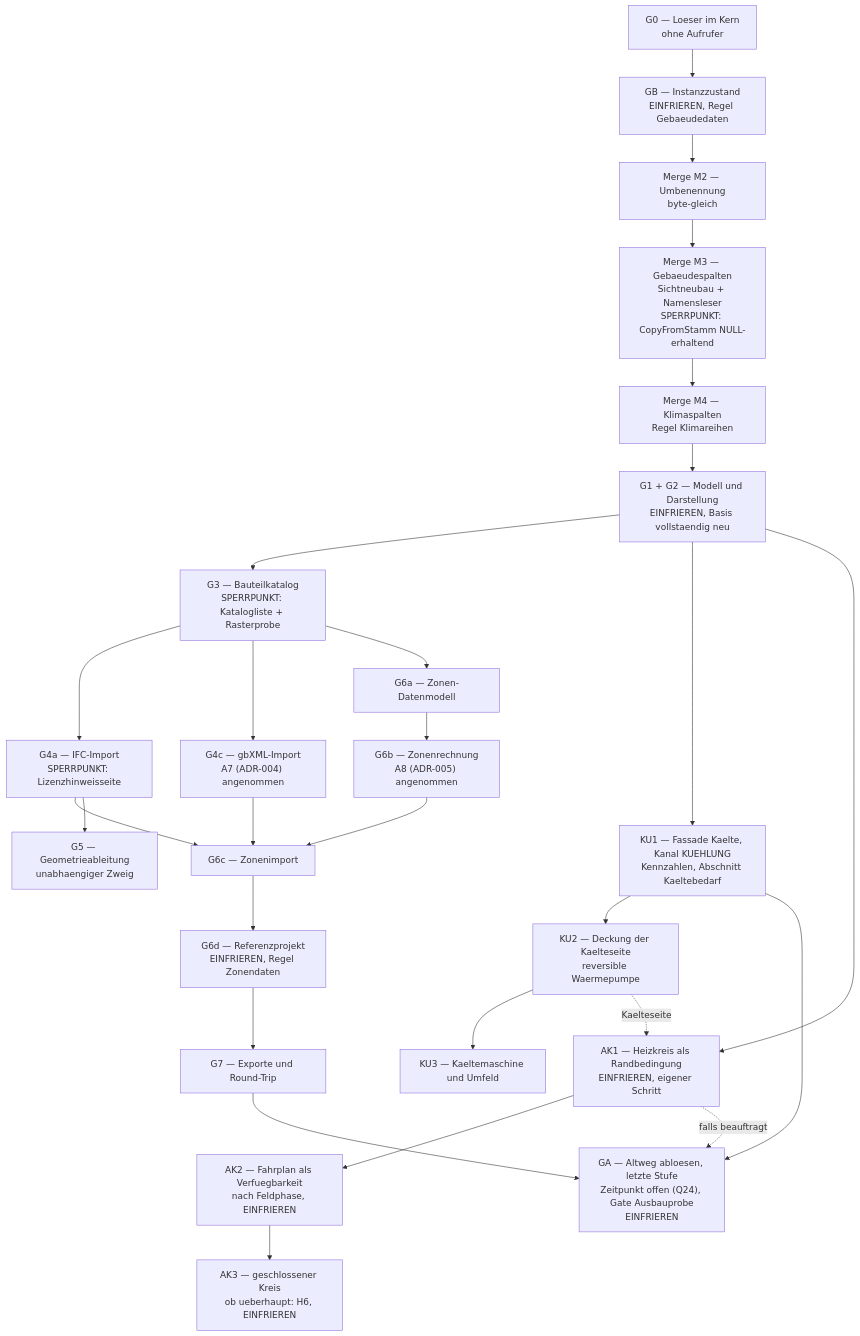
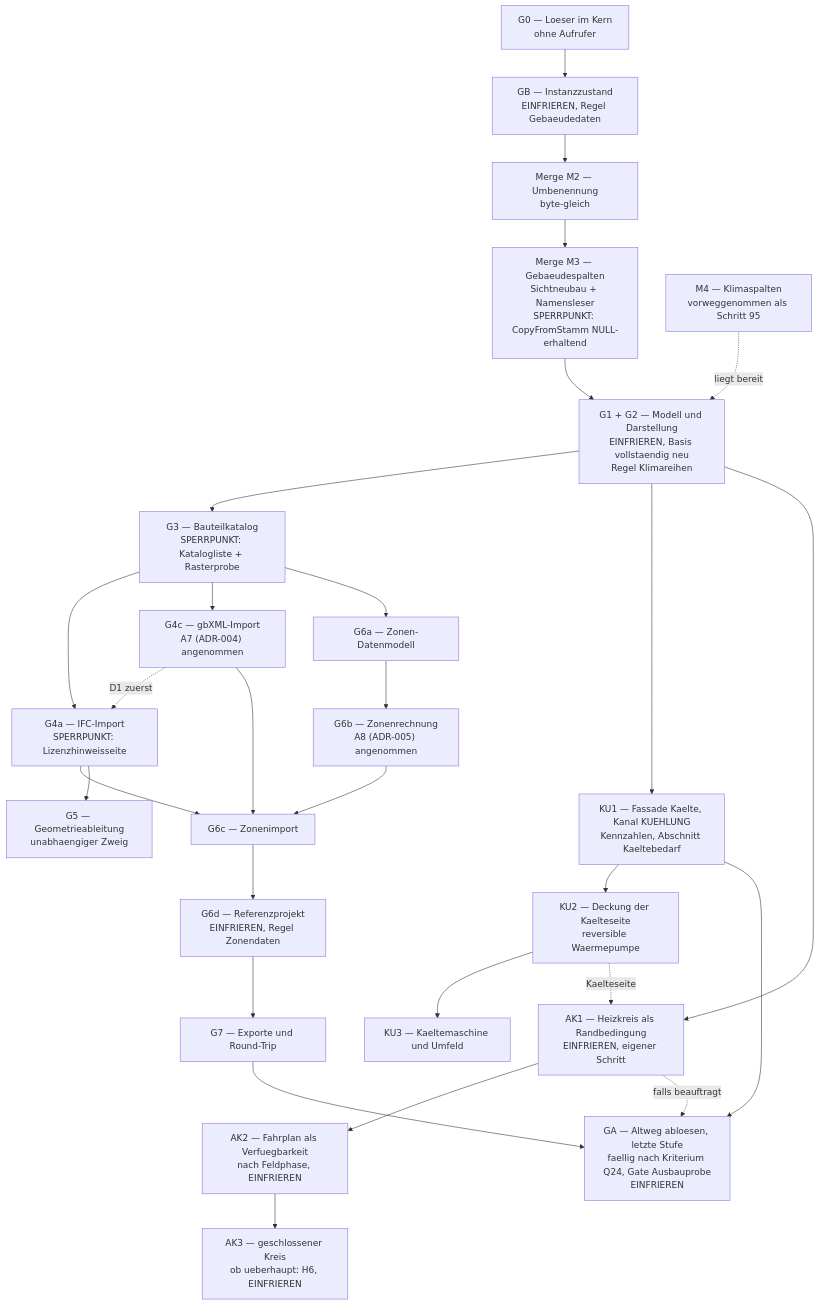
One commit to inekon/EPOS-Plan changed diagram 16 of 16 in Dokumentation/aktuell/Softwarearchitektur_Gebaeudesimulation_EPOS-Plan.md. Above: the diagram before and after it, drawn with Mermaid. The commit also changed other lines of this file and 13 other files, not shown here.

````diff
--- a/Dokumentation/aktuell/Softwarearchitektur_Gebaeudesimulation_EPOS-Plan.md
+++ b/Dokumentation/aktuell/Softwarearchitektur_Gebaeudesimulation_EPOS-Plan.md
@@ -2140,29 +2189,30 @@
 ```mermaid
 flowchart TB
   G0["G0 — Loeser im Kern<br/>ohne Aufrufer"] --> GB["GB — Instanzzustand<br/>EINFRIEREN, Regel Gebaeudedaten"]
   GB --> M2["Merge M2 — Umbenennung<br/>byte-gleich"]
   M2 --> M3["Merge M3 — Gebaeudespalten<br/>Sichtneubau + Namensleser<br/>SPERRPUNKT: CopyFromStamm NULL-erhaltend"]
-  M3 --> M4["Merge M4 — Klimaspalten<br/>Regel Klimareihen"]
-  M4 --> G12["G1 + G2 — Modell und Darstellung<br/>EINFRIEREN, Basis vollstaendig neu"]
+  M3 --> G12["G1 + G2 — Modell und Darstellung<br/>EINFRIEREN, Basis vollstaendig neu<br/>Regel Klimareihen"]
+  M4["M4 — Klimaspalten<br/>vorweggenommen als Schritt 95"] -.->|liegt bereit| G12
   G12 --> G3["G3 — Bauteilkatalog<br/>SPERRPUNKT: Katalogliste + Rasterprobe"]
   G3 --> G4A["G4a — IFC-Import<br/>SPERRPUNKT: Lizenzhinweisseite"]
   G3 --> G4C["G4c — gbXML-Import<br/>A7 (ADR-004) angenommen"]
+  G4C -.->|D1 zuerst| G4A
   G3 --> G6A["G6a — Zonen-Datenmodell"]
   G4A --> G6C
   G4C --> G6C
   G6A --> G6B["G6b — Zonenrechnung<br/>A8 (ADR-005) angenommen"]
   G6B --> G6C["G6c — Zonenimport"]
   G6C --> G6D["G6d — Referenzprojekt<br/>EINFRIEREN, Regel Zonendaten"]
   G6D --> G7["G7 — Exporte und Round-Trip"]
   G4A --> G5["G5 — Geometrieableitung<br/>unabhaengiger Zweig"]
   G12 --> KU1["KU1 — Fassade Kaelte, Kanal KUEHLUNG<br/>Kennzahlen, Abschnitt Kaeltebedarf"]
   KU1 --> KU2["KU2 — Deckung der Kaelteseite<br/>reversible Waermepumpe"]
   KU2 --> KU3["KU3 — Kaeltemaschine und Umfeld"]
   G12 --> AK1["AK1 — Heizkreis als Randbedingung<br/>EINFRIEREN, eigener Schritt"]
   KU2 -.->|Kaelteseite| AK1
   AK1 --> AK2["AK2 — Fahrplan als Verfuegbarkeit<br/>nach Feldphase, EINFRIEREN"]
   AK2 --> AK3["AK3 — geschlossener Kreis<br/>ob ueberhaupt: H6, EINFRIEREN"]
-  G7 --> GA["GA — Altweg abloesen, letzte Stufe<br/>Zeitpunkt offen (Q24), Gate Ausbauprobe<br/>EINFRIEREN"]
+  G7 --> GA["GA — Altweg abloesen, letzte Stufe<br/>faellig nach Kriterium Q24, Gate Ausbauprobe<br/>EINFRIEREN"]
   KU1 --> GA
   AK1 -.->|falls beauftragt| GA
 ```
````
